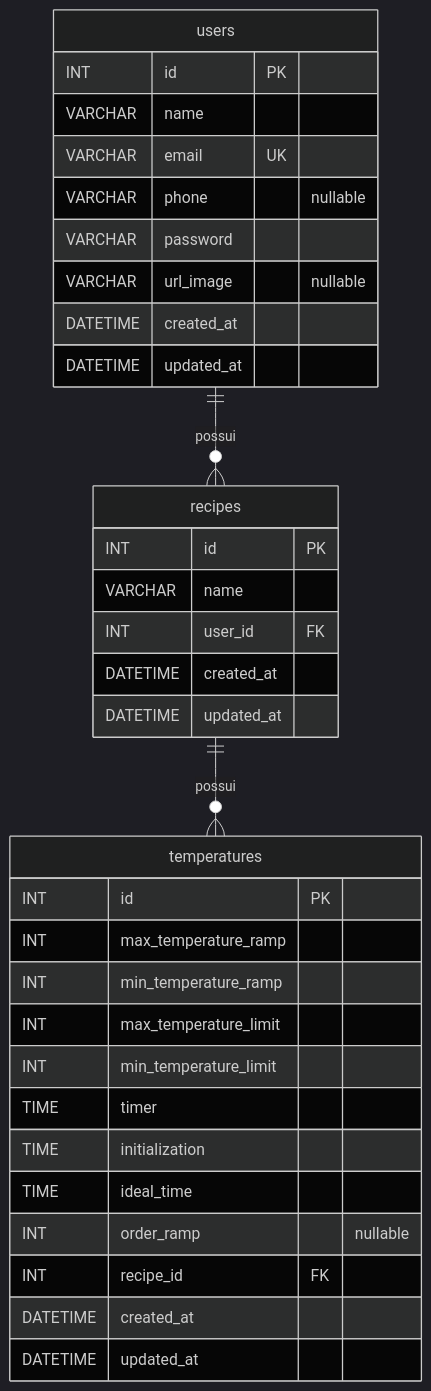
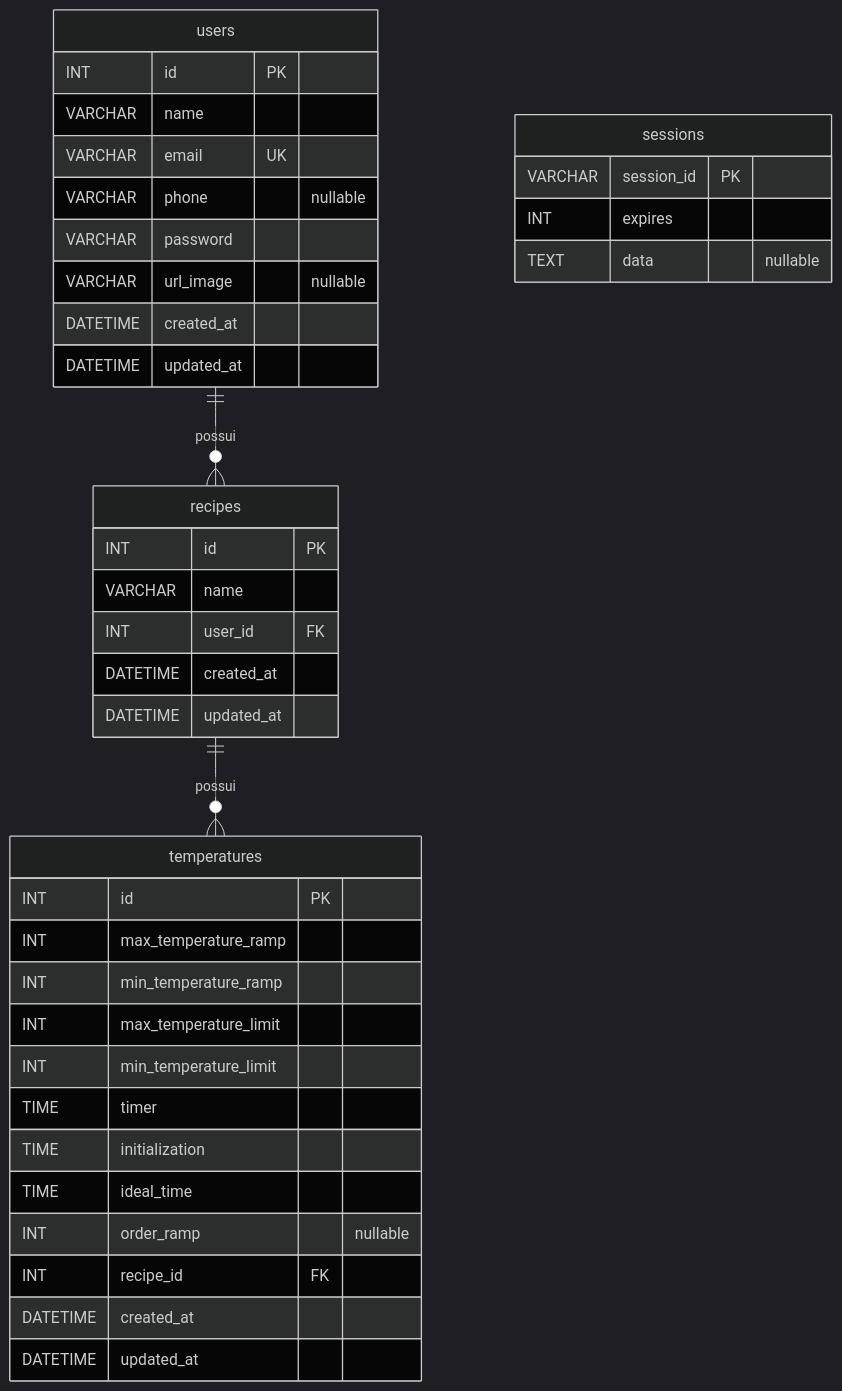
The diagram in README.md (conloq/database), drawn with Mermaid (dark theme) before and after one commit. The commit also changed other lines of this file and 1 other file, not shown here.

First line of the commit message:
docs: incluir a tabela sessions no MER implementado (#87)

````diff
--- a/README.md
+++ b/README.md
@@ -29,37 +32,42 @@
 ```mermaid
 erDiagram
     users ||--o{ recipes : possui
     recipes ||--o{ temperatures : possui
 
     users {
         INT id PK
         VARCHAR name
         VARCHAR email UK
         VARCHAR phone "nullable"
         VARCHAR password
         VARCHAR url_image "nullable"
         DATETIME created_at
         DATETIME updated_at
     }
     recipes {
         INT id PK
         VARCHAR name
         INT user_id FK
         DATETIME created_at
         DATETIME updated_at
     }
     temperatures {
         INT id PK
         INT max_temperature_ramp
         INT min_temperature_ramp
         INT max_temperature_limit
         INT min_temperature_limit
         TIME timer
         TIME initialization
         TIME ideal_time
         INT order_ramp "nullable"
         INT recipe_id FK
         DATETIME created_at
         DATETIME updated_at
     }
+    sessions {
+        VARCHAR session_id PK
+        INT expires
+        TEXT data "nullable"
+    }
 ```
````
